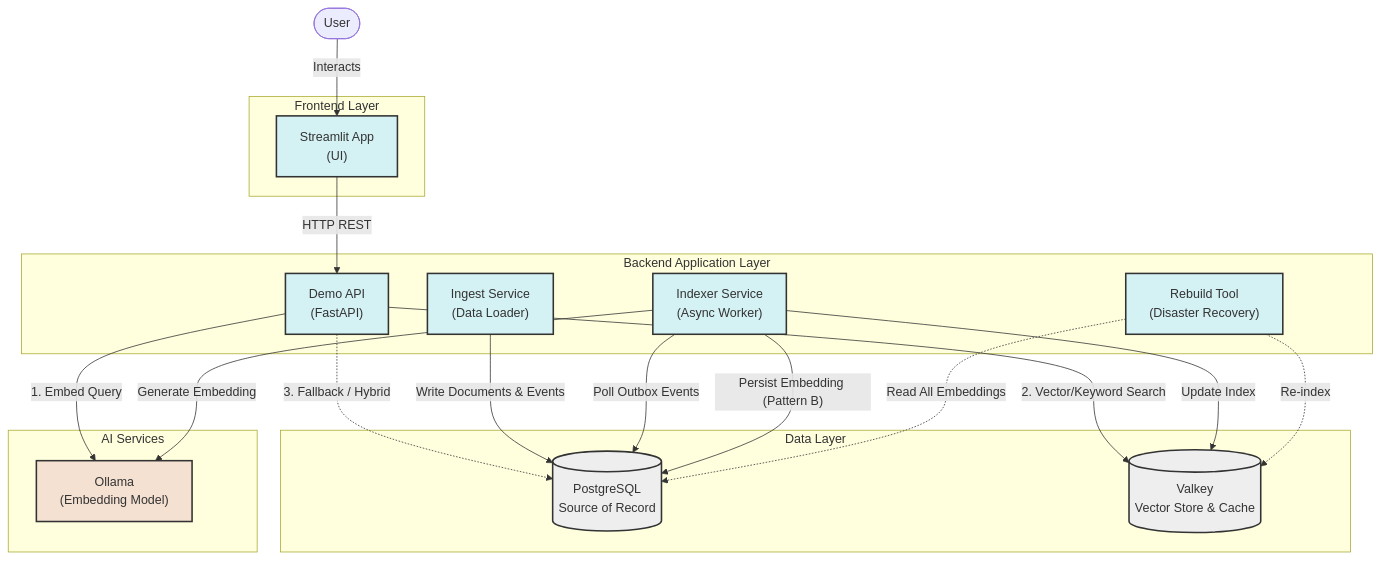
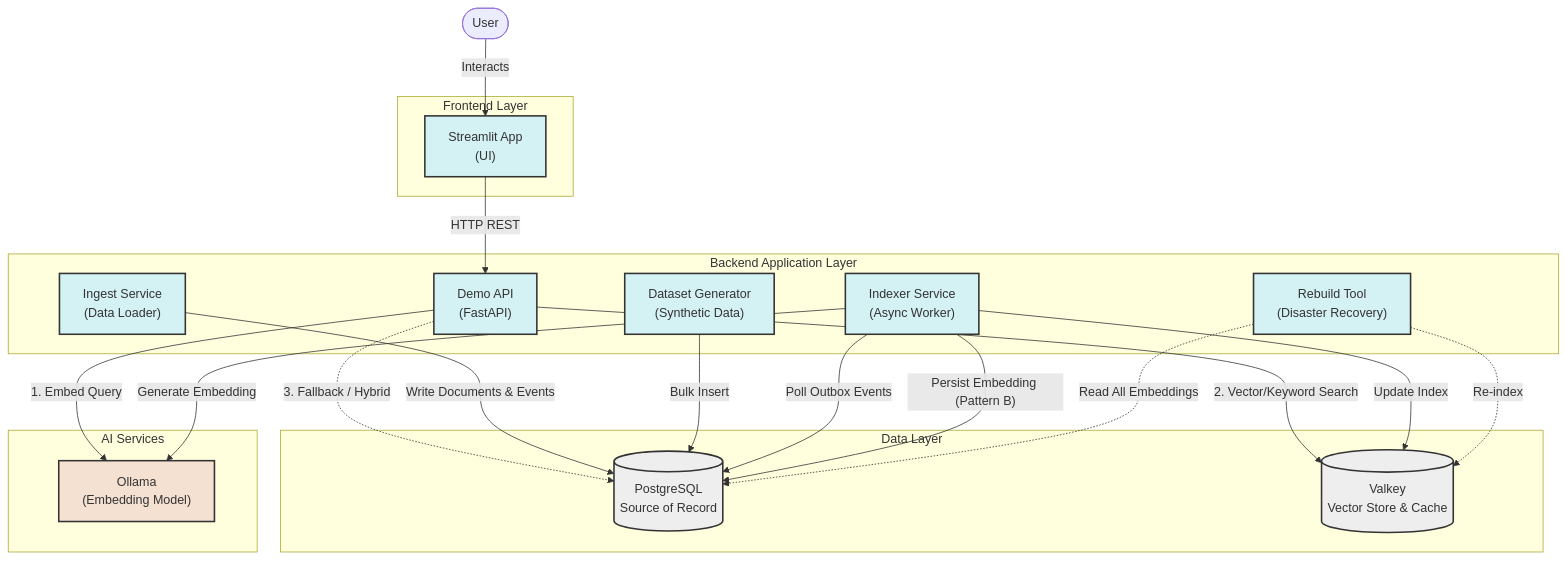
The diagram in usecase_rag_highperf/docs/architecture.md (starwinds/agile_vibe_test), drawn with Mermaid before and after one commit. The commit also changed other lines of this file and 2 other files, not shown here.

Commit message:
docs(usecase_rag_highperf): add sprint 4 retrospective and update documentation (Structural)

````diff
--- a/usecase_rag_highperf/docs/architecture.md
+++ b/usecase_rag_highperf/docs/architecture.md
@@ -9,57 +9,62 @@
 ```mermaid
 graph TD
     %% Actors
     User([User])
 
     %% Subgraphs
     subgraph Frontend [Frontend Layer]
         Streamlit["Streamlit App\n(UI)"]
     end
 
     subgraph Backend [Backend Application Layer]
         API["Demo API\n(FastAPI)"]
         Ingest["Ingest Service\n(Data Loader)"]
         Indexer["Indexer Service\n(Async Worker)"]
         Rebuild["Rebuild Tool\n(Disaster Recovery)"]
+        Generator["Dataset Generator\n(Synthetic Data)"]
     end
 
     subgraph Data [Data Layer]
         PG[("PostgreSQL\nSource of Record")]
         Valkey[("Valkey\nVector Store & Cache")]
     end
 
     subgraph AI [AI Services]
         Ollama["Ollama\n(Embedding Model)"]
     end
 
     %% Interactions
     User -->|Interacts| Streamlit
     Streamlit -->|HTTP REST| API
 
     %% Search Flow
     API -->|"1. Embed Query"| Ollama
     API -->|"2. Vector/Keyword Search"| Valkey
     API -.->|"3. Fallback / Hybrid"| PG
 
     %% Ingest Flow
     Ingest -->|"Write Documents & Events"| PG
 
+    %% Generator Flow
+    Generator -->|"Bulk Insert"| PG
+
+
     %% Indexing Flow
     Indexer -->|"Poll Outbox Events"| PG
     Indexer -->|"Generate Embedding"| Ollama
     Indexer -->|"Update Index"| Valkey
     Indexer -->|"Persist Embedding (Pattern B)"| PG
 
     %% Recovery Flow
     Rebuild -.->|"Read All Embeddings"| PG
     Rebuild -.->|"Re-index"| Valkey
 
     %% Styling
     classDef storage fill:#eee,stroke:#333,stroke-width:2px;
     classDef app fill:#d4f1f4,stroke:#333,stroke-width:2px;
     classDef ai fill:#f4e1d2,stroke:#333,stroke-width:2px;
     
     class PG,Valkey storage;
-    class Streamlit,API,Ingest,Indexer,Rebuild app;
+    class Streamlit,API,Ingest,Indexer,Rebuild,Generator app;
     class Ollama ai;
 ```
````
